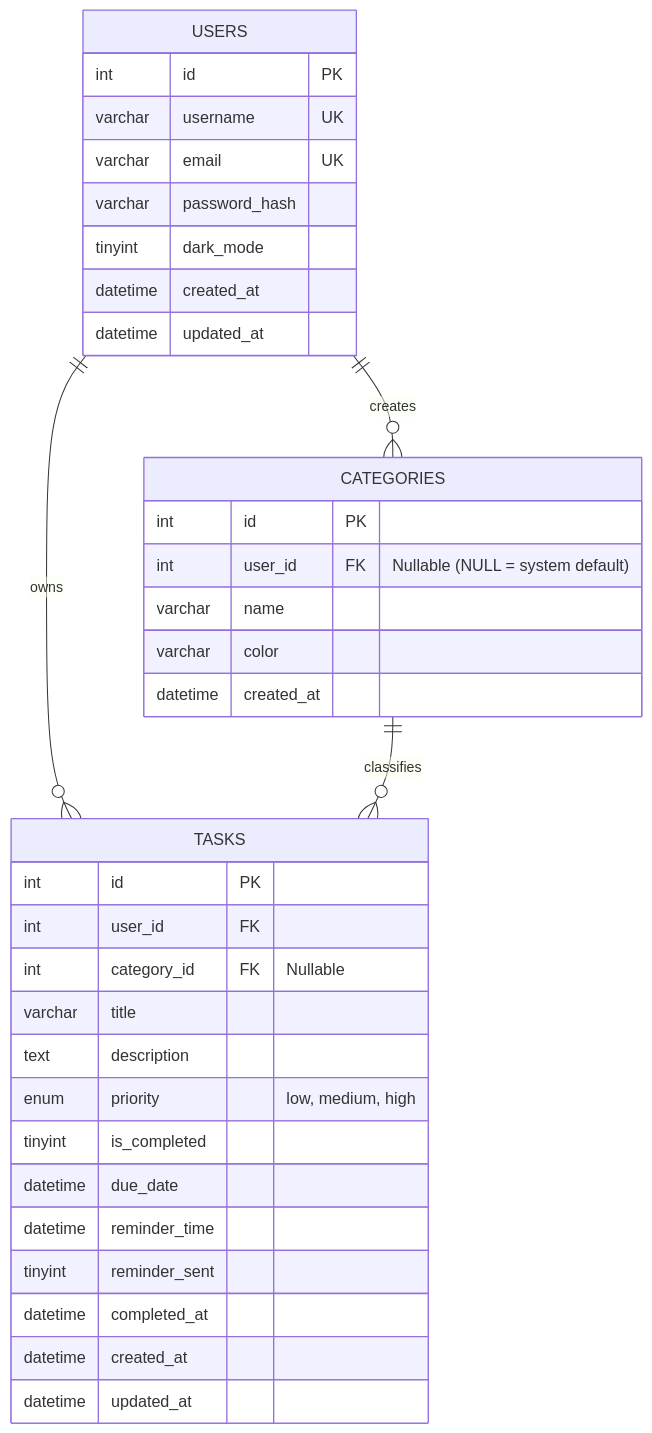
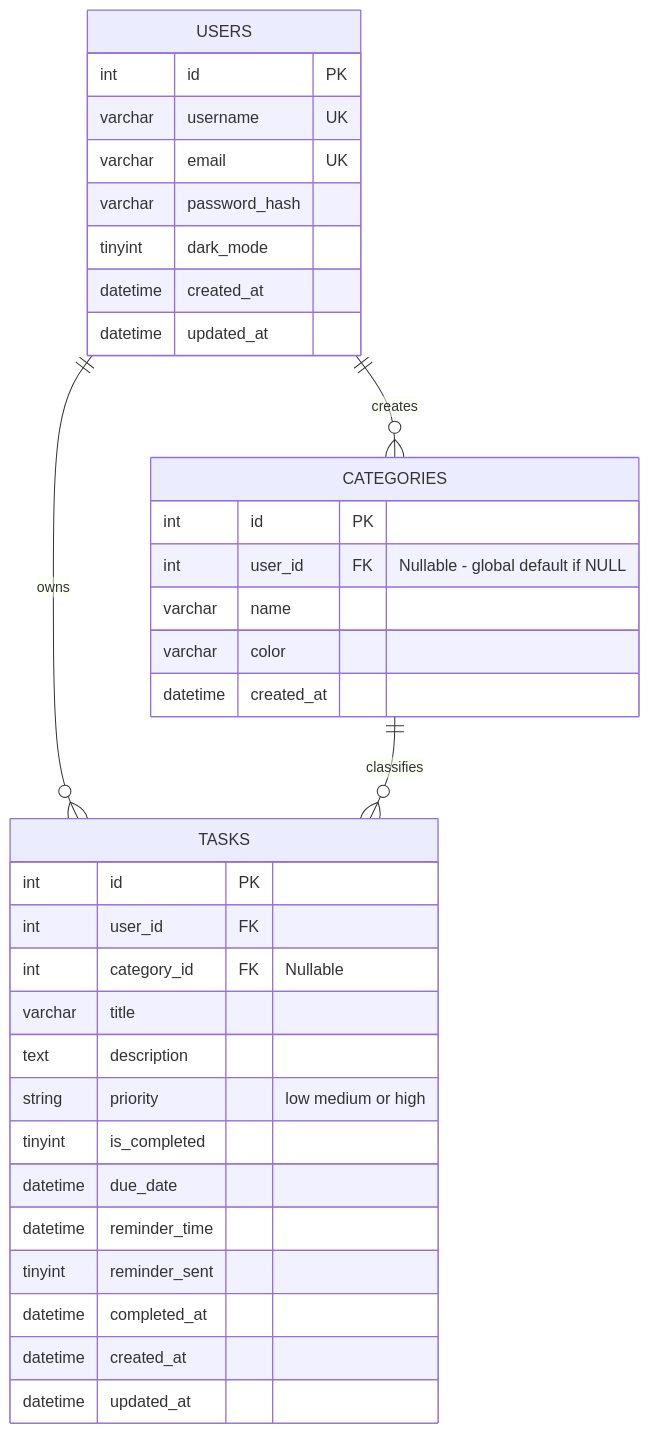
The first of 3 diagrams in PROJECT_PROPOSAL.md (shahriyarmostafa/Orbit), drawn with Mermaid before and after one commit. The commit also changed other lines of this file, not shown here.

Commit message:
Optimize Mermaid ER diagram syntax in project proposal

````diff
--- a/PROJECT_PROPOSAL.md
+++ b/PROJECT_PROPOSAL.md
@@ -108,40 +108,40 @@
 ```mermaid
 erDiagram
     USERS ||--o{ CATEGORIES : "creates"
     USERS ||--o{ TASKS : "owns"
     CATEGORIES ||--o{ TASKS : "classifies"
 
     USERS {
         int id PK
         varchar username UK
         varchar email UK
         varchar password_hash
         tinyint dark_mode
         datetime created_at
         datetime updated_at
     }
 
     CATEGORIES {
         int id PK
-        int user_id FK "Nullable (NULL = system default)"
+        int user_id FK "Nullable - global default if NULL"
         varchar name
         varchar color
         datetime created_at
     }
 
     TASKS {
         int id PK
         int user_id FK
         int category_id FK "Nullable"
         varchar title
         text description
-        enum priority "low, medium, high"
+        string priority "low medium or high"
         tinyint is_completed
         datetime due_date
         datetime reminder_time
         tinyint reminder_sent
         datetime completed_at
         datetime created_at
         datetime updated_at
     }
 ```
````
